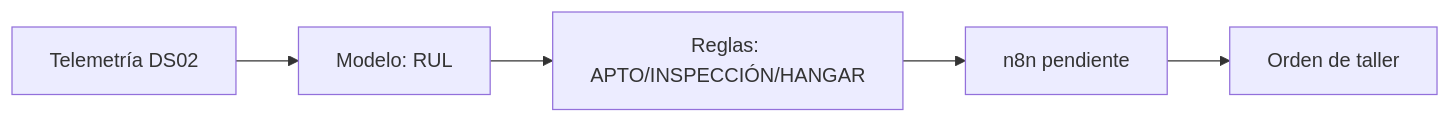
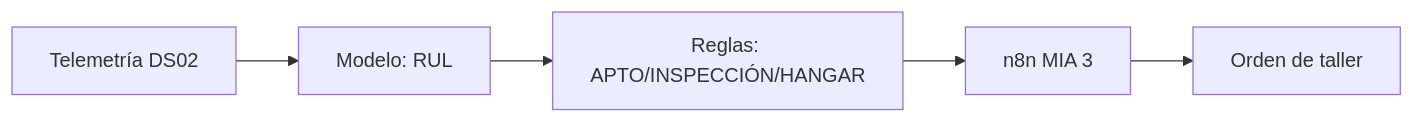
One commit to mikelrh-dev/nasa-rul-ds02 changed the first of 2 diagrams in src/clase/README.md. Above: the diagram before and after it, drawn with Mermaid. The commit also changed other lines of this file and 13 other files, not shown here.

````diff
--- a/src/clase/README.md
+++ b/src/clase/README.md
@@ -30,10 +30,10 @@
 ```mermaid
 graph LR
     accTitle: Flujo de alto nivel DS02 clase
     accDescr: Telemetría → modelo RUL → reglas de decisión → n8n → orden de taller.
 
     A[Telemetría DS02] --> B[Modelo: RUL]
     B --> C[Reglas: APTO/INSPECCIÓN/HANGAR]
-    C --> D[n8n pendiente]
+    C --> D[n8n MIA 3]
     D --> E[Orden de taller]
 ```
````
